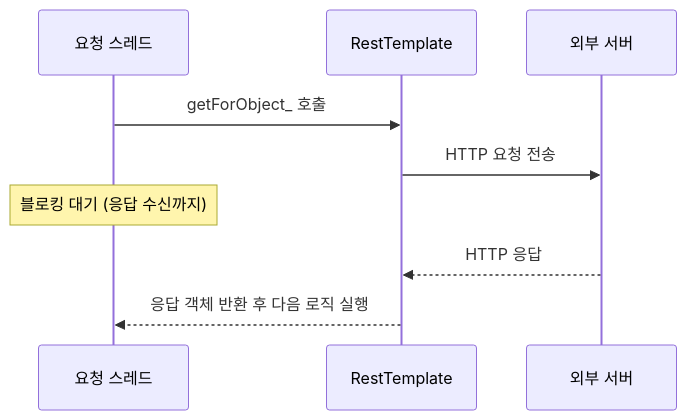
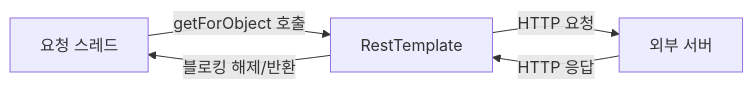
The first of 4 diagrams in _posts/spring/2026-05-01-rest-client-comparison.md (yjkim2015/yjkim2015.github.io), drawn with Mermaid before and after one commit. The commit also changed other lines of this file and 84 other files, not shown here.

First line of the commit message:
85개 포스트 Mermaid 다이어그램 규칙 일괄 수정

````diff
--- a/_posts/spring/2026-05-01-rest-client-comparison.md
+++ b/_posts/spring/2026-05-01-rest-client-comparison.md
@@ -24,11 +24,7 @@
 ```mermaid
-sequenceDiagram
-    participant T as 요청 스레드
-    participant RT as RestTemplate
-    participant S as 외부 서버
-    T->>RT: getForObject_ 호출
-    RT->>S: HTTP 요청 전송
-    Note over T: 블로킹 대기 (응답 수신까지)
-    S-->>RT: HTTP 응답
-    RT-->>T: 응답 객체 반환 후 다음 로직 실행
+graph LR
+    T["요청 스레드"] -->|"getForObject 호출"| RT["RestTemplate"]
+    RT -->|"HTTP 요청"| S["외부 서버"]
+    S -->|"HTTP 응답"| RT
+    RT -->|"블로킹 해제/반환"| T
 ```
````
